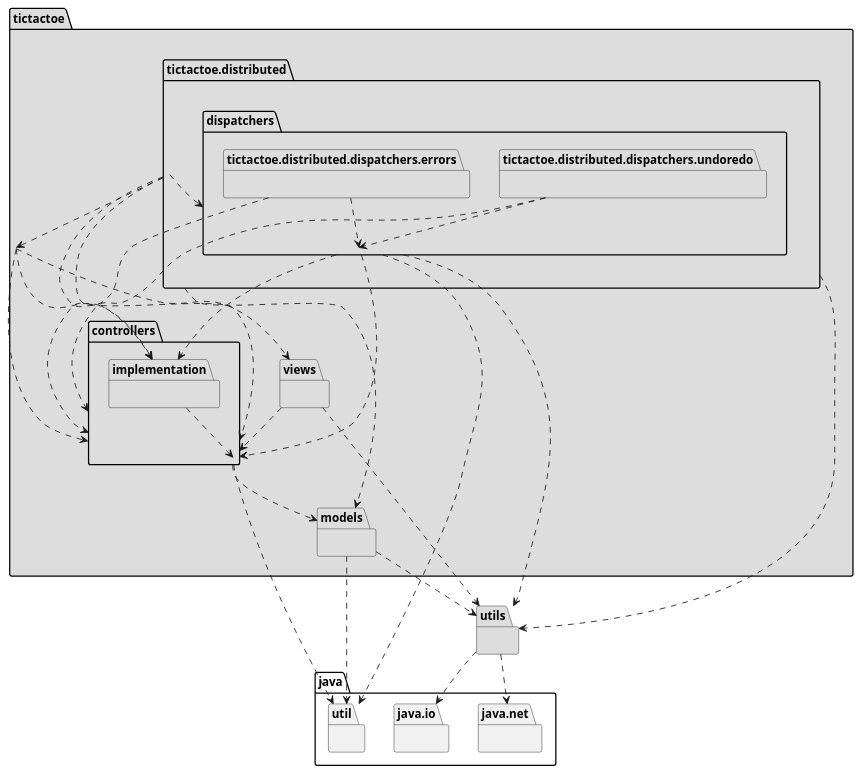
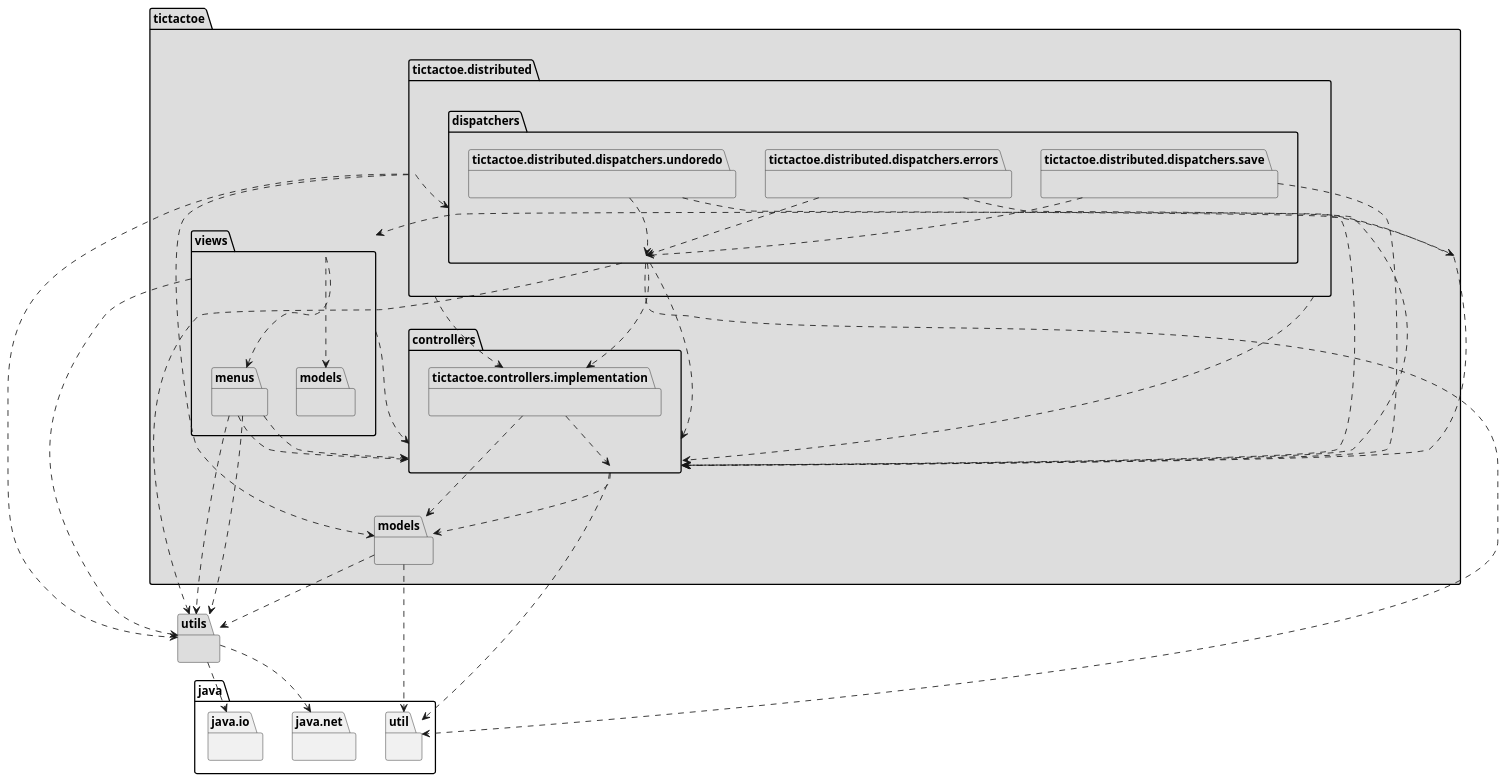
The first of 6 diagrams in docs/src/docs/asciidoc/index.adoc (x-USantaTecla-game-ticTacToe/java), drawn with PlantUML before and after one commit. The commit also changed other lines of this file and 123 other files, not shown here.

Commit message:
Update version mvp.pm.withoutDao with implementation and docs

```diff
--- a/docs/src/docs/asciidoc/index.adoc
+++ b/docs/src/docs/asciidoc/index.adoc
@@ -35,53 +34,67 @@
-[plantuml,arquitecturaVersion10,svg]
+[plantuml,arquitecturaVersion11,svg]
 ....
 
 package tictactoe #DDDDDD { } 
 tictactoe .down.> tictactoe.views
 tictactoe .down.> tictactoe.controllers
-tictactoe .down.> tictactoe.controllers.implementation
 
 package tictactoe.controllers #DDDDDD { } 
 tictactoe.controllers .down.> tictactoe.models
 tictactoe.controllers .down.> java.util
 
 package tictactoe.controllers.implementation #DDDDDD { } 
 tictactoe.controllers.implementation .down.> tictactoe.controllers
+tictactoe.controllers.implementation .down.> tictactoe.models
 
 package tictactoe.distributed #DDDDDD { } 
 tictactoe.distributed .down.> tictactoe.distributed.dispatchers
 tictactoe.distributed .down.> tictactoe.controllers.implementation
 tictactoe.distributed .down.> tictactoe
 tictactoe.distributed .down.> tictactoe.models
 tictactoe.distributed .down.> tictactoe.controllers
 tictactoe.distributed .down.> utils
 
 package tictactoe.distributed.dispatchers #DDDDDD { } 
 tictactoe.distributed.dispatchers .down.> tictactoe.controllers
 tictactoe.distributed.dispatchers .down.> tictactoe.controllers.implementation
 tictactoe.distributed.dispatchers .down.> utils
 tictactoe.distributed.dispatchers .down.> java.util
 
 package tictactoe.distributed.dispatchers.errors #DDDDDD { } 
 tictactoe.distributed.dispatchers.errors .down.> tictactoe.distributed.dispatchers
 tictactoe.distributed.dispatchers.errors .down.> tictactoe.controllers
 
+package tictactoe.distributed.dispatchers.save #DDDDDD { } 
+tictactoe.distributed.dispatchers.save .down.> tictactoe.distributed.dispatchers
+tictactoe.distributed.dispatchers.save .down.> tictactoe.controllers
+
 package tictactoe.distributed.dispatchers.undoredo #DDDDDD { } 
 tictactoe.distributed.dispatchers.undoredo .down.> tictactoe.distributed.dispatchers
 tictactoe.distributed.dispatchers.undoredo .down.> tictactoe.controllers
 
 package tictactoe.models #DDDDDD { }
 package java.util{ }
 tictactoe.models .down.> java.util
 tictactoe.models .down.> utils
 
 package utils #DDDDDD { } 
 package java.io{ }
 utils .down.> java.io
 package java.net{ }
 utils .down.> java.net
 
 package tictactoe.views #DDDDDD { } 
 tictactoe.views .down.> tictactoe.controllers
 tictactoe.views .down.> utils
+tictactoe.views ..> tictactoe.views.menus
+tictactoe.views ..> tictactoe.views.models
+
+package tictactoe.views.menus #DDDDDD { } 
+tictactoe.views.menus .down.> tictactoe.controllers
+tictactoe.views.menus .down.> utils
+
+package tictactoe.views.models #DDDDDD { } 
+tictactoe.views.menus .down.> tictactoe.controllers
+tictactoe.views.menus .down.> utils
 
 ....
```
